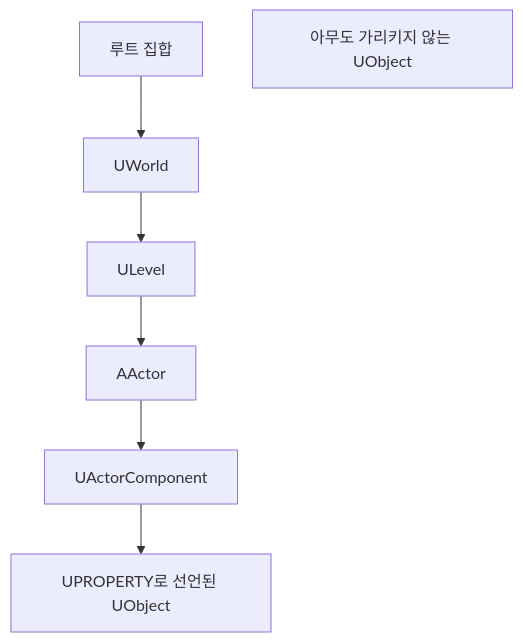
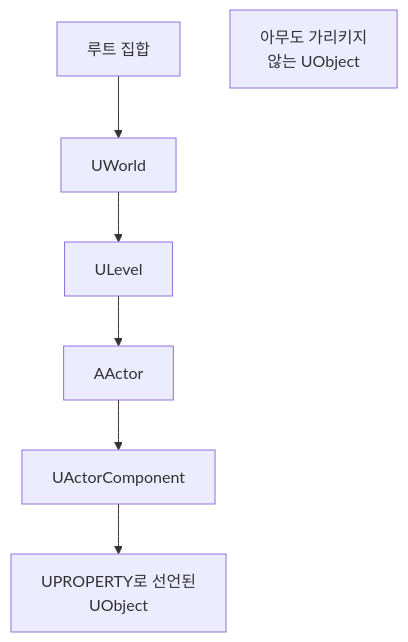
The diagram in _posts/2026-08-11-unreal-uclass-gc-object-lifetime.md (skamo3/skamo3.github.io), drawn with Mermaid before and after one commit. The commit also changed 1 other file, not shown here.

Commit message:
mermaid 라벨 글자 잘림 수정
웹폰트가 로드되기 전에 mermaid가 자기 기본 폰트로 라벨 폭을 재고,
이후 Noto Sans KR이 적용되면서 텍스트가 박스를 넘어 잘렸다.

- startOnLoad를 끄고 document.fonts.ready 이후에 mermaid.run 호출
- fontFamily를 본문과 동일하게 지정해 측정 폰트와 표시 폰트를 맞춤
- 사슬 다이어그램의 긴 라벨 두 개를 두 줄로 분리

수정 후 UActorComponent 노드 측정 폭이 130에서 139로 늘었다.
전체 노드에 59px 이상 여유 확보, 기존 sequence 다이어그램도 정상 렌더 확인.

```diff
--- a/_posts/2026-08-11-unreal-uclass-gc-object-lifetime.md
+++ b/_posts/2026-08-11-unreal-uclass-gc-object-lifetime.md
@@ -71,9 +71,9 @@
 <pre class="mermaid">
 flowchart TD
     R["루트 집합"] --> W["UWorld"]
     W --> L["ULevel"]
     L --> A["AActor"]
     A --> C["UActorComponent"]
-    C --> P["UPROPERTY로 선언된 UObject"]
-    X["아무도 가리키지 않는 UObject"]
+    C --> P["UPROPERTY로 선언된<br/>UObject"]
+    X["아무도 가리키지<br/>않는 UObject"]
 </pre>
```
